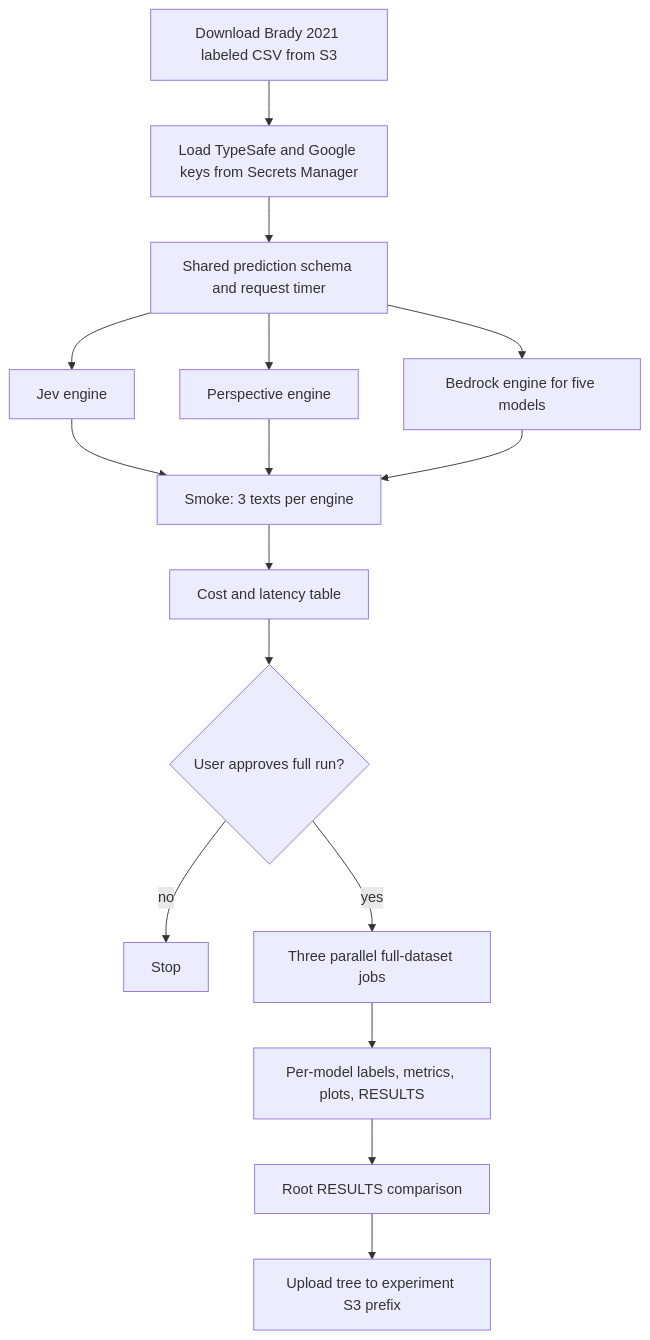
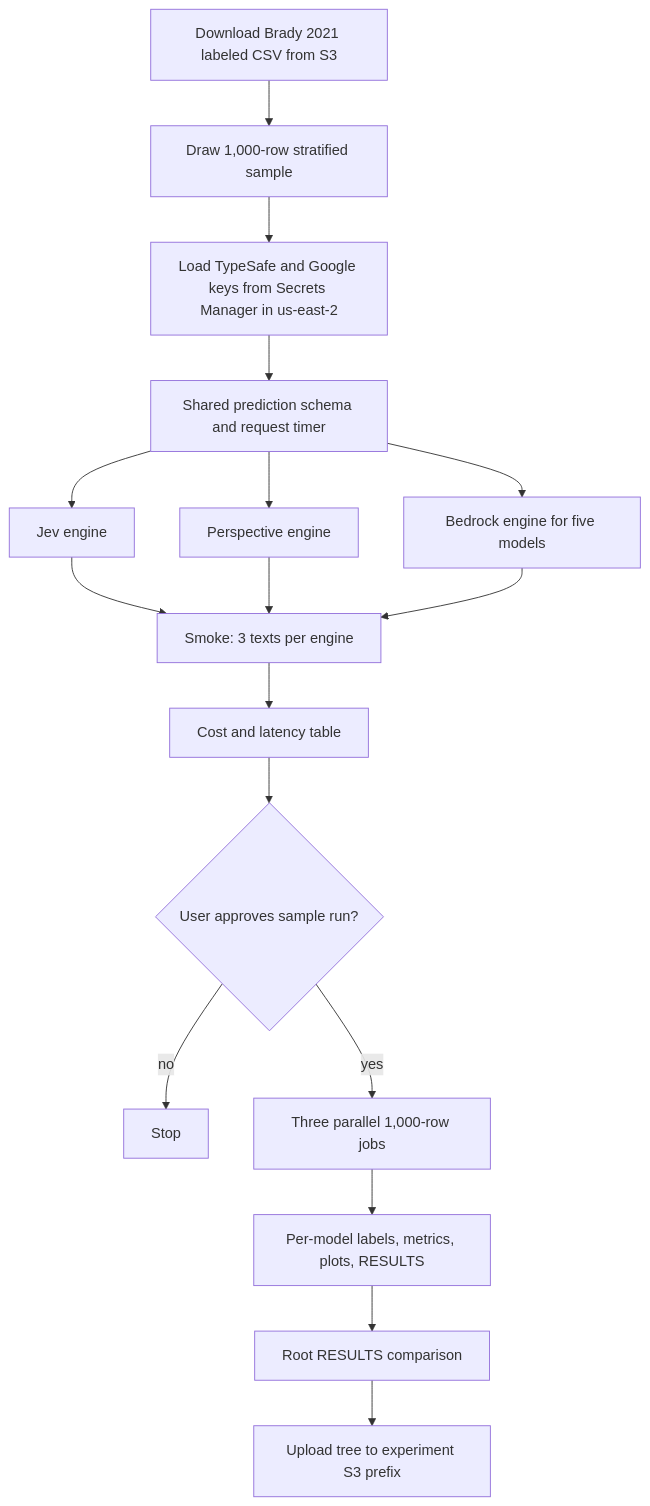
One commit to METResearchGroup/mind_technology_lab_experiments changed the diagram in docs/plans/2026-09-19_moral-outrage-classifier-comparison_dc955f/plan.md. Above: the diagram before and after it, drawn with Mermaid. The commit also changed other lines of this file and 7 other files, not shown here.

````diff
--- a/docs/plans/2026-09-19_moral-outrage-classifier-comparison_dc955f/plan.md
+++ b/docs/plans/2026-09-19_moral-outrage-classifier-comparison_dc955f/plan.md
@@ -21,18 +21,19 @@
 ```mermaid
 flowchart TD
-  A[Download Brady 2021 labeled CSV from S3] --> B[Load TypeSafe and Google keys from Secrets Manager]
-  B --> C[Shared prediction schema and request timer]
-  C --> D[Jev engine]
-  C --> E[Perspective engine]
-  C --> F[Bedrock engine for five models]
-  D --> G[Smoke: 3 texts per engine]
-  E --> G
-  F --> G
-  G --> H[Cost and latency table]
-  H --> I{User approves full run?}
-  I -->|no| J[Stop]
-  I -->|yes| K[Three parallel full-dataset jobs]
-  K --> L[Per-model labels, metrics, plots, RESULTS]
-  L --> M[Root RESULTS comparison]
-  M --> N[Upload tree to experiment S3 prefix]
+  A[Download Brady 2021 labeled CSV from S3] --> B[Draw 1,000-row stratified sample]
+  B --> C[Load TypeSafe and Google keys from Secrets Manager in us-east-2]
+  C --> D[Shared prediction schema and request timer]
+  D --> E[Jev engine]
+  D --> F[Perspective engine]
+  D --> G[Bedrock engine for five models]
+  E --> H[Smoke: 3 texts per engine]
+  F --> H
+  G --> H
+  H --> I[Cost and latency table]
+  I --> J{User approves sample run?}
+  J -->|no| K[Stop]
+  J -->|yes| L[Three parallel 1,000-row jobs]
+  L --> M[Per-model labels, metrics, plots, RESULTS]
+  M --> N[Root RESULTS comparison]
+  N --> O[Upload tree to experiment S3 prefix]
 ```
````
